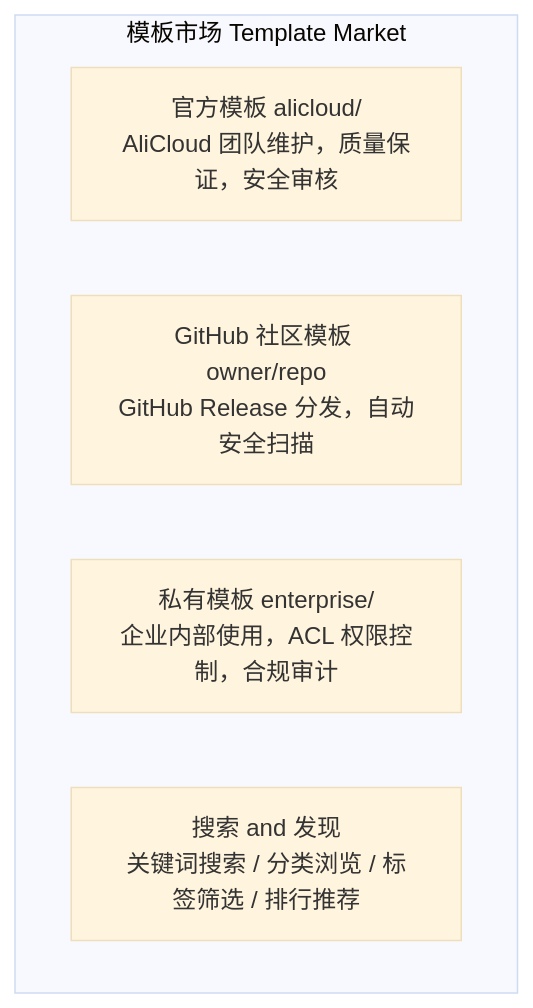
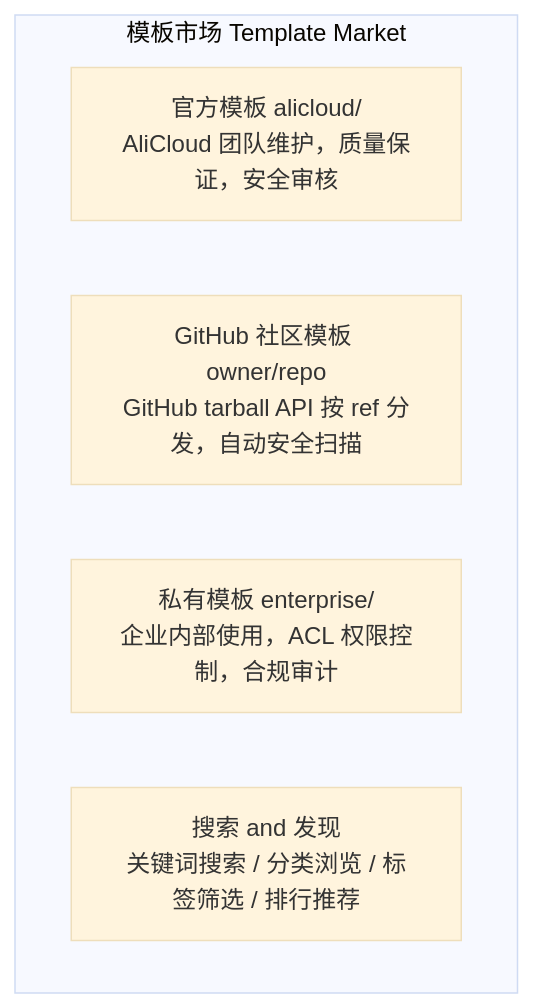
One commit to Easy-Sandbox/easy-sandbox changed the diagram in docs/design/template-system.md. Above: the diagram before and after it, drawn with Mermaid (base theme). The commit also changed other lines of this file and 452 other files, not shown here.

First line of the commit message:
feat: enhance CLI registry with tarball API, E2E validation & error UX

````diff
--- a/docs/design/template-system.md
+++ b/docs/design/template-system.md
@@ -706,9 +706,9 @@
 ```mermaid
 graph TD
     subgraph TM["模板市场 Template Market"]
         A["官方模板 alicloud/<br/>AliCloud 团队维护，质量保证，安全审核"]
-        B["GitHub 社区模板 owner/repo<br/>GitHub Release 分发，自动安全扫描"]
+        B["GitHub 社区模板 owner/repo<br/>GitHub tarball API 按 ref 分发，自动安全扫描"]
         C["私有模板 enterprise/<br/>企业内部使用，ACL 权限控制，合规审计"]
         D["搜索 and 发现<br/>关键词搜索 / 分类浏览 / 标签筛选 / 排行推荐"]
     end
 ```
````
